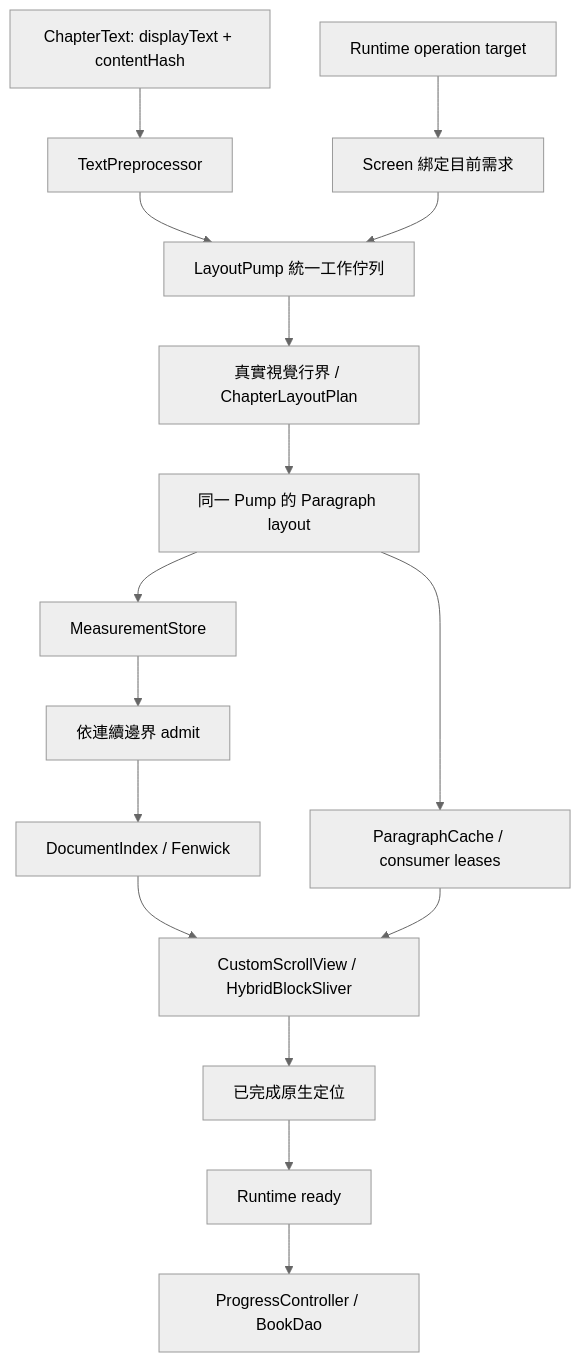
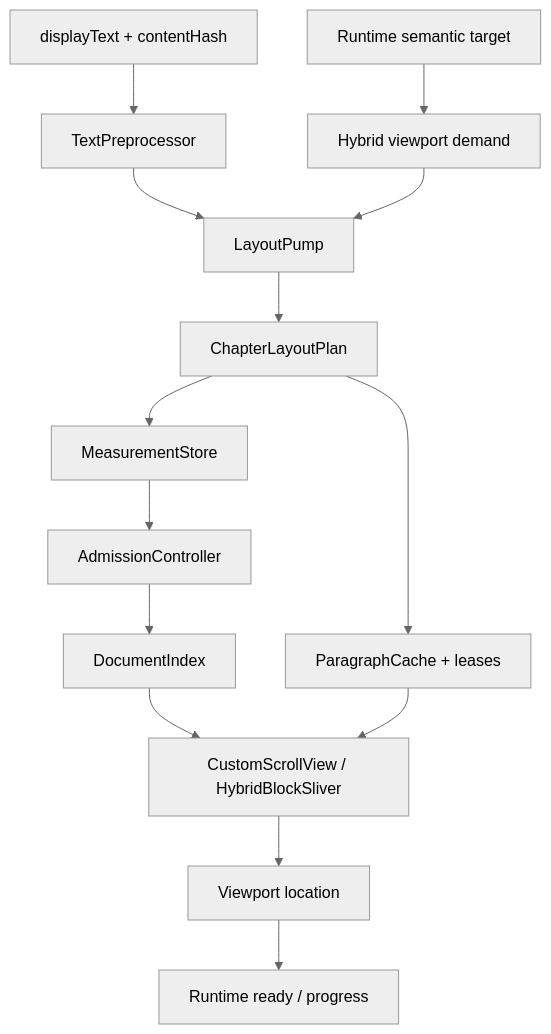
Before and after one commit to bennytsai1234/Night-Reader: the diagram in docs/night_reader/reader.md, drawn with Mermaid (neutral theme). The commit also changed other lines of this file and 50 other files, not shown here.

````diff
--- a/docs/night_reader/reader.md
+++ b/docs/night_reader/reader.md
@@ -37,18 +21,16 @@
 ```mermaid
 flowchart TD
-    Command[Runtime operation target] --> Demand[Screen 綁定目前需求]
-    Content[ChapterText: displayText + contentHash] --> Pre[TextPreprocessor]
-    Pre --> Pump[LayoutPump 統一工作佇列]
+    Command[Runtime semantic target] --> Demand[Hybrid viewport demand]
+    Content[displayText + contentHash] --> Pre[TextPreprocessor]
+    Pre --> Pump[LayoutPump]
     Demand --> Pump
-    Pump --> Plan[真實視覺行界 / ChapterLayoutPlan]
-    Plan --> Layout[同一 Pump 的 Paragraph layout]
-    Layout --> Metrics[MeasurementStore]
-    Layout --> Leases[ParagraphCache / consumer leases]
-    Metrics --> Admission[依連續邊界 admit]
-    Admission --> Index[DocumentIndex / Fenwick]
-    Index --> Native[CustomScrollView / HybridBlockSliver]
-    Leases --> Native
-    Native --> Position[已完成原生定位]
-    Position --> Ready[Runtime ready]
-    Ready --> Save[ProgressController / BookDao]
+    Pump --> Plan[ChapterLayoutPlan]
+    Plan --> Metrics[MeasurementStore]
+    Plan --> Paragraphs[ParagraphCache + leases]
+    Metrics --> Admission[AdmissionController]
+    Admission --> Index[DocumentIndex]
+    Index --> Sliver[CustomScrollView / HybridBlockSliver]
+    Paragraphs --> Sliver
+    Sliver --> Capture[Viewport location]
+    Capture --> Runtime[Runtime ready / progress]
 ```
````
